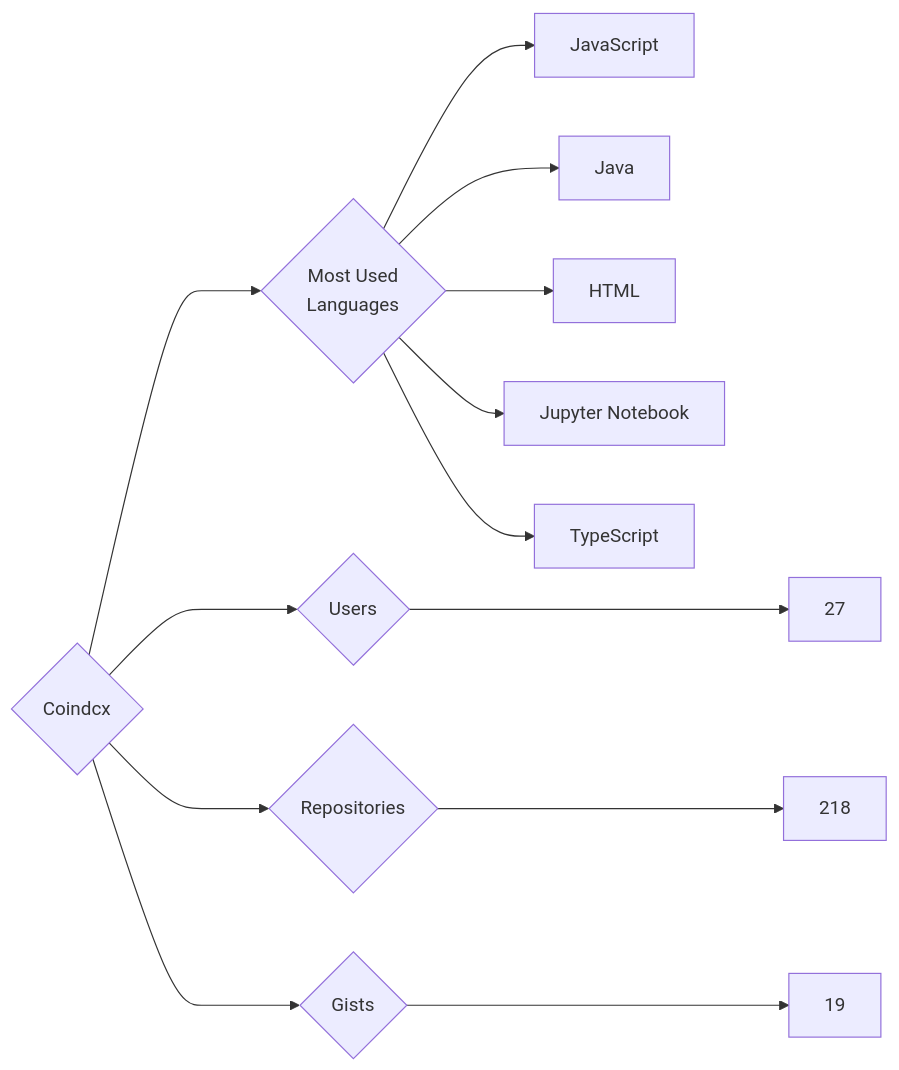
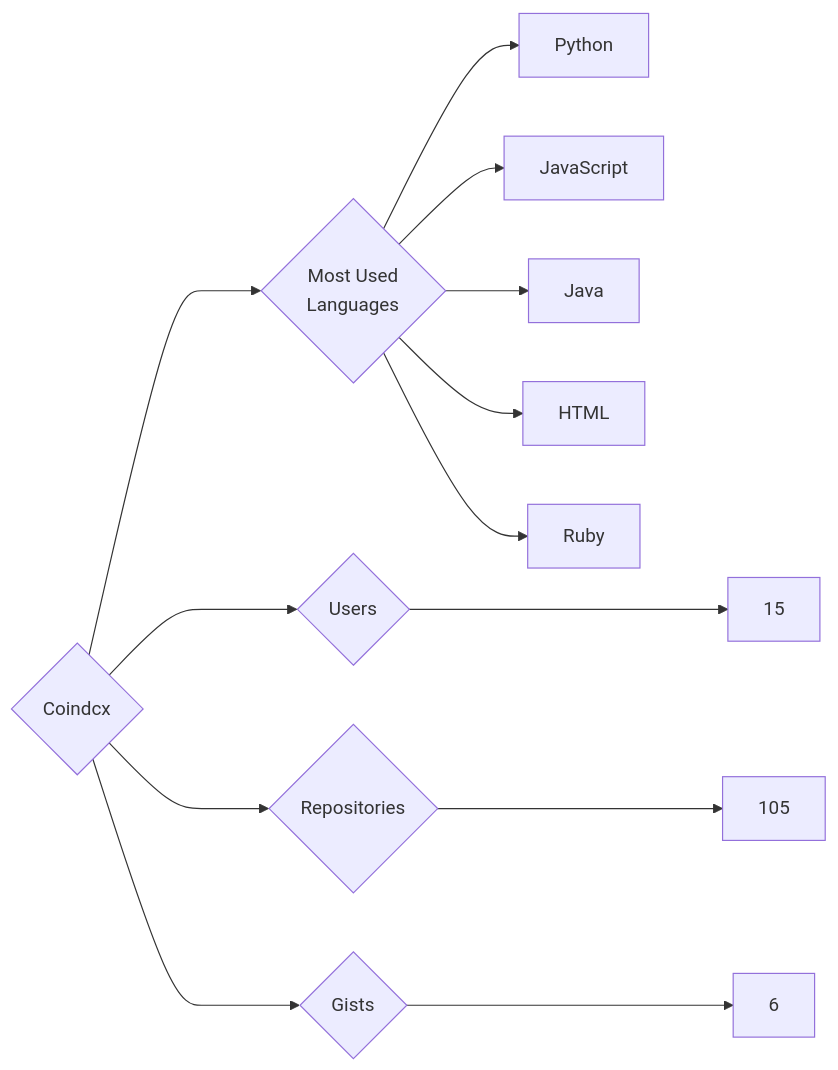
One commit to trickest/insiders changed the diagram in targets/Coindcx/README.md. Above: the diagram before and after it, drawn with Mermaid. The commit also changed 786 other files, not shown here.

````diff
--- a/targets/Coindcx/README.md
+++ b/targets/Coindcx/README.md
@@ -3,13 +3,13 @@
 ```mermaid
 graph LR
 COMPANY_NAME{Coindcx}
-COMPANY_NAME ---> U{Users} ---> UN[27]
-COMPANY_NAME ---> R{Repositories} ---> RN[218]
-COMPANY_NAME ---> G{Gists} ---> GN[19]
+COMPANY_NAME ---> U{Users} ---> UN[15]
+COMPANY_NAME ---> R{Repositories} ---> RN[105]
+COMPANY_NAME ---> G{Gists} ---> GN[6]
 COMPANY_NAME ---> ML{Most Used<br>Languages}
+ML --> Python[Python]
 ML --> JavaScript[JavaScript]
 ML --> Java[Java]
 ML --> HTML[HTML]
-ML --> Jupyter_Notebook[Jupyter Notebook]
-ML --> TypeScript[TypeScript]
+ML --> Ruby[Ruby]
 ```
````
